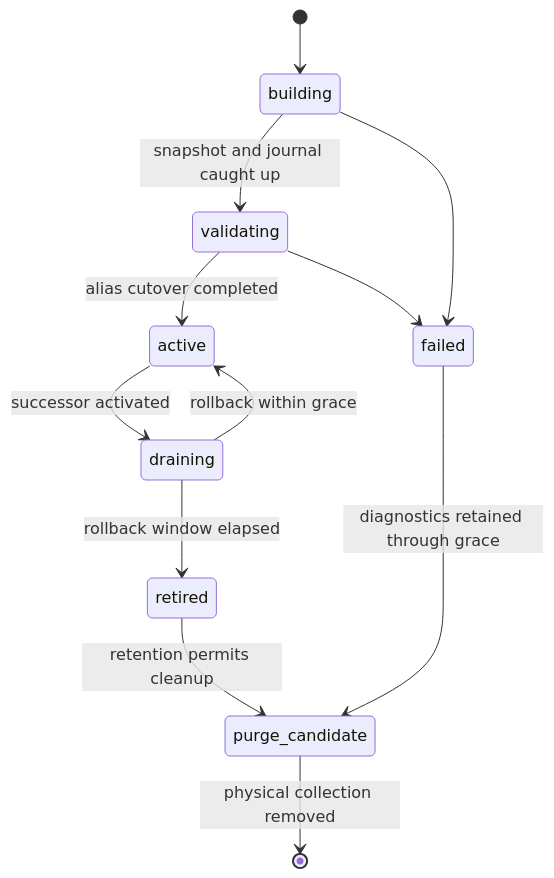
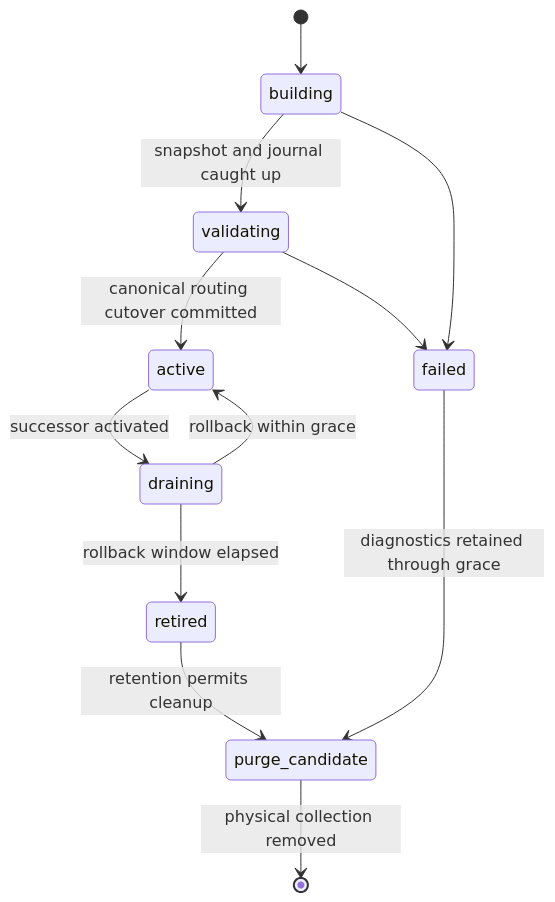
The eighth of 10 diagrams in docs/quivr-v2-canonical-data-model.md (The-Vibe-Company/quivr), drawn with Mermaid before and after one commit. The commit also changed other lines of this file and 1 other file, not shown here.

First line of the commit message:
docs(architecture): define module ownership and repository topology (#3)

````diff
--- a/docs/quivr-v2-canonical-data-model.md
+++ b/docs/quivr-v2-canonical-data-model.md
@@ -308,14 +313,14 @@
 ```mermaid
 stateDiagram-v2
     [*] --> building
     building --> validating: snapshot and journal caught up
     building --> failed
-    validating --> active: alias cutover completed
+    validating --> active: canonical routing cutover committed
     validating --> failed
     active --> draining: successor activated
     draining --> active: rollback within grace
     draining --> retired: rollback window elapsed
     retired --> purge_candidate: retention permits cleanup
     failed --> purge_candidate: diagnostics retained through grace
     purge_candidate --> [*]: physical collection removed
 ```
````
